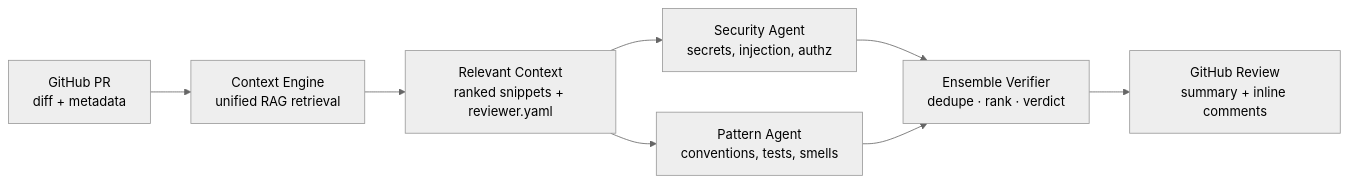
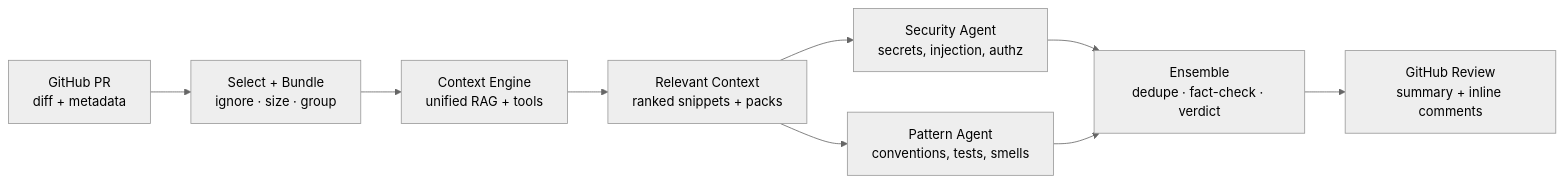
The first of 7 diagrams in README.md (cipheraxat/codereviewer_agent), drawn with Mermaid (neutral theme) before and after one commit. The commit also changed other lines of this file and 43 other files, not shown here.

````diff
--- a/README.md
+++ b/README.md
@@ -7,17 +7,18 @@
 ```mermaid
 flowchart LR
   GH["GitHub PR<br/>diff + metadata"]
-  CE["Context Engine<br/>unified RAG retrieval"]
-  RC["Relevant Context<br/>ranked snippets + reviewer.yaml"]
+  SEL["Select + Bundle<br/>ignore · size · group"]
+  CE["Context Engine<br/>unified RAG + tools"]
+  RC["Relevant Context<br/>ranked snippets + packs"]
   SA["Security Agent<br/>secrets, injection, authz"]
   PA["Pattern Agent<br/>conventions, tests, smells"]
-  EV["Ensemble Verifier<br/>dedupe · rank · verdict"]
+  EV["Ensemble<br/>dedupe · fact-check · verdict"]
   OUT["GitHub Review<br/>summary + inline comments"]
 
-  GH --> CE --> RC
+  GH --> SEL --> CE --> RC
   RC --> SA
   RC --> PA
   SA --> EV
   PA --> EV
   EV --> OUT
 ```
````
